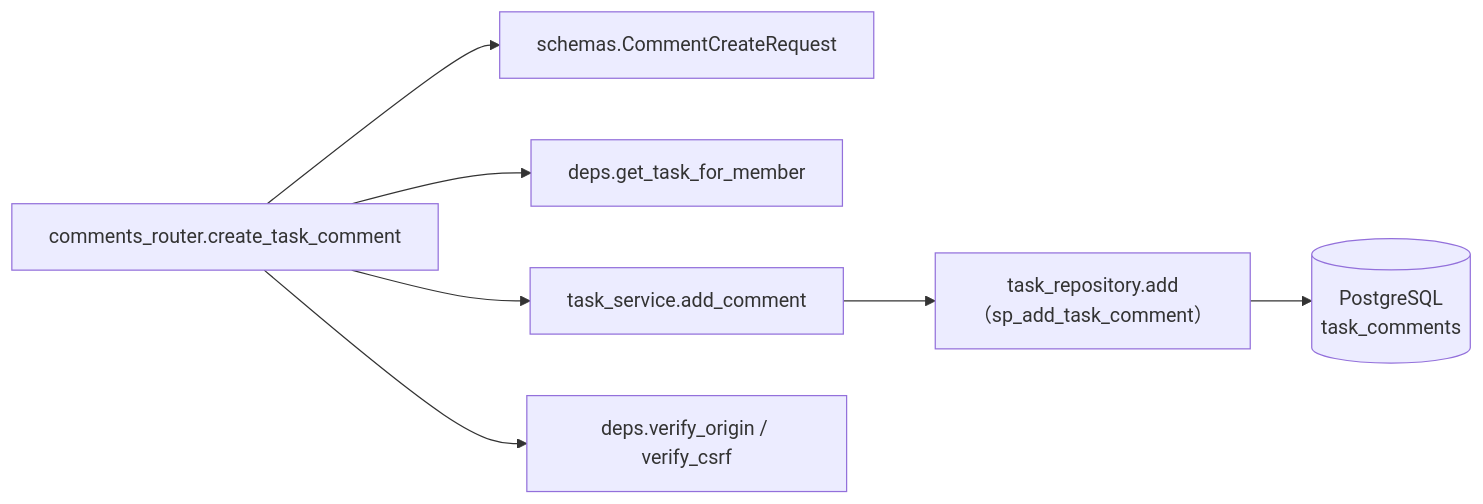
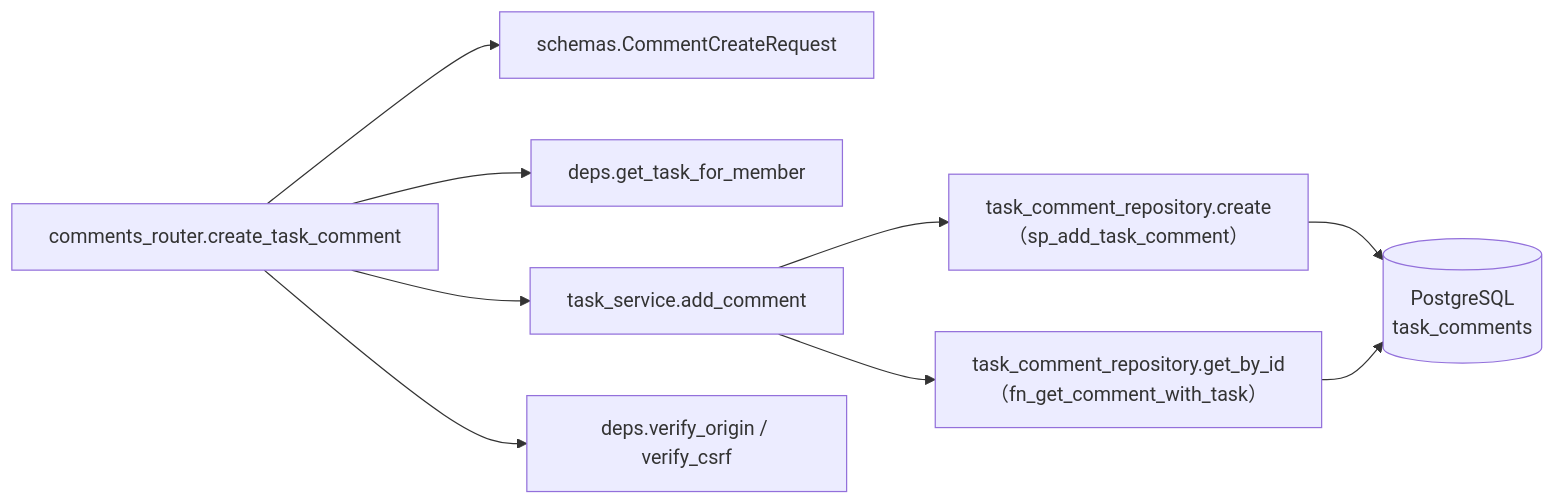
Before and after one commit to oikawa-d/task_management: the third of 4 diagrams in docs/detailed_design/api/tasks/07_post_task_comments.md, drawn with Mermaid. The commit also changed other lines of this file, not shown here.

````diff
--- a/docs/detailed_design/api/tasks/07_post_task_comments.md
+++ b/docs/detailed_design/api/tasks/07_post_task_comments.md
@@ -200,9 +200,11 @@
 ```mermaid
 flowchart LR
     R["comments_router.create_task_comment"] --> Sch["schemas.CommentCreateRequest"]
     R --> D["deps.get_task_for_member"]
     R --> S["task_service.add_comment"]
-    S --> TR["task_repository.add<br/>（sp_add_task_comment）"]
+    S --> TR["task_comment_repository.create<br/>（sp_add_task_comment）"]
+    S --> GET["task_comment_repository.get_by_id<br/>（fn_get_comment_with_task）"]
     TR --> DB[("PostgreSQL<br/>task_comments")]
+    GET --> DB
     R --> V["deps.verify_origin / verify_csrf"]
 ```
````
